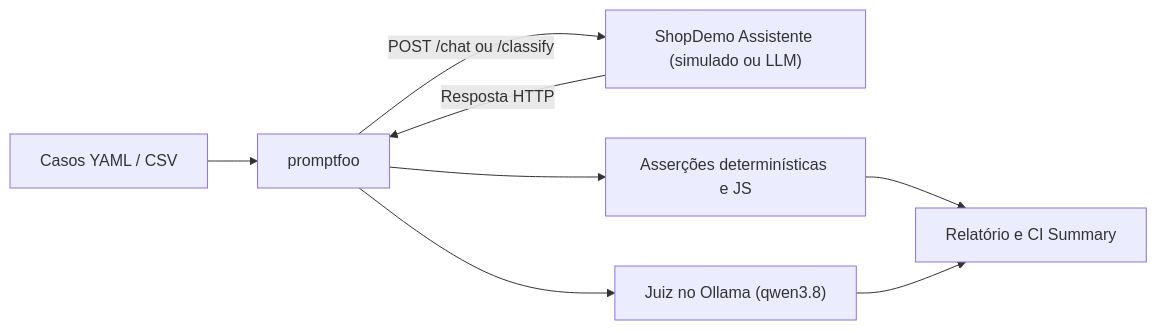
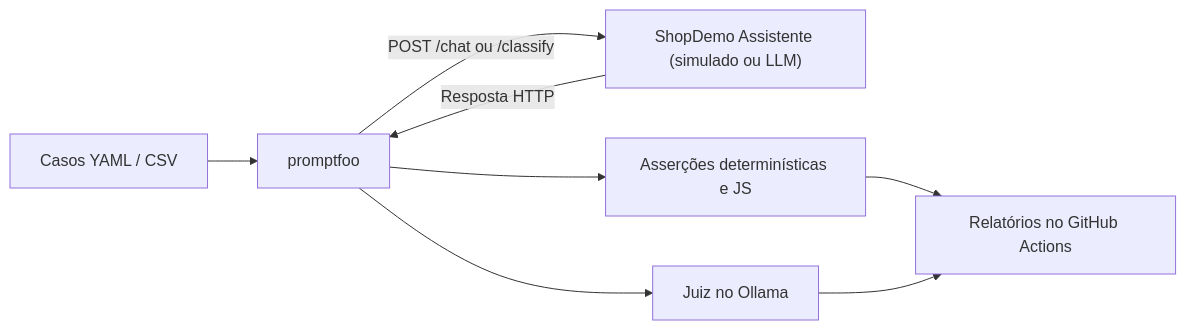
Before and after one commit to DouglasAntoni0/curso-testes-ia-promptfoo: the diagram in README.md, drawn with Mermaid. The commit also changed other lines of this file and 9 other files, not shown here.

Commit message:
ci: executa a suíte de IA no GitHub Actions com Ollama

````diff
--- a/README.md
+++ b/README.md
@@ -85,10 +96,10 @@
 ```mermaid
 flowchart LR
     A[Casos YAML / CSV] --> B[promptfoo]
     B -->|POST /chat ou /classify| C["ShopDemo Assistente (simulado ou LLM)"]
     C -->|Resposta HTTP| B
     B --> D[Asserções determinísticas e JS]
-    B --> E["Juiz no Ollama (qwen3.8)"]
-    D --> F[Relatório e CI Summary]
+    B --> E[Juiz no Ollama]
+    D --> F[Relatórios no GitHub Actions]
     E --> F
 ```
````
